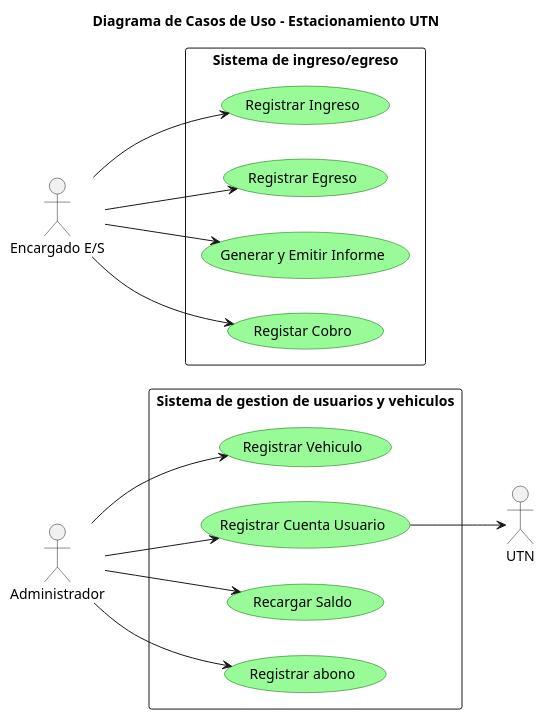
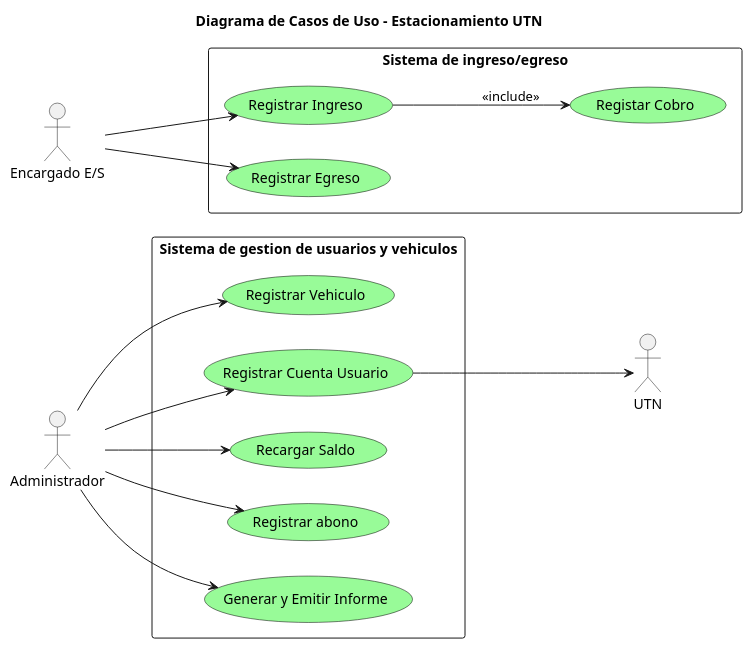
Before and after one commit to EsTesan-py/TrabajoPracticoIntegrador-AnalisisDeSistemas: the diagram in Entregas/Tercera_Entrega/DiagramaUC_TPI.puml, drawn with PlantUML. The commit also changed 3 other files, not shown here.

```diff
--- a/Entregas/Tercera_Entrega/DiagramaUC_TPI.puml
+++ b/Entregas/Tercera_Entrega/DiagramaUC_TPI.puml
@@ -2,37 +2,38 @@
 @startuml DiagramaUC_TPI
 left to right direction
 skinparam usecase {
     BackgroundColor PaleGreen
-    BorderColor DarkGreen
+    BorderColor Black
 }
 
 title Diagrama de Casos de Uso - Estacionamiento UTN
 
 actor "Administrador" as Usuario
 rectangle "Sistema de gestion de usuarios y vehiculos" {
     usecase "Registrar Vehiculo" as UC_Vehiculo
     usecase "Registrar Cuenta Usuario" as UC_Registrar
     usecase "Recargar Saldo" as UC_Recargar
     usecase "Registrar abono" as UC_Abono
+    usecase "Generar y Emitir Informe" as UC_GenerarInforme
 }
 actor "Encargado E/S" as ErT
 rectangle "Sistema de ingreso/egreso"{
     usecase "Registrar Ingreso" as UC_Ingreso
     usecase "Registrar Egreso" as UC_Egreso
-    usecase "Generar y Emitir Informe" as UC_GenerarInforme
     usecase "Registar Cobro" as UC_Cobro
 }
 ErT --> UC_Ingreso
 ErT --> UC_Egreso
-ErT --> UC_GenerarInforme
-ErT --> UC_Cobro
+UC_Ingreso --> UC_Cobro : <<include>>
+
 
 actor "UTN" as UTN 
 
 Usuario --> UC_Vehiculo
 Usuario --> UC_Registrar 
 Usuario --> UC_Abono
 Usuario --> UC_Recargar
+Usuario --> UC_GenerarInforme
 UC_Registrar --> UTN
 
 @enduml
```
